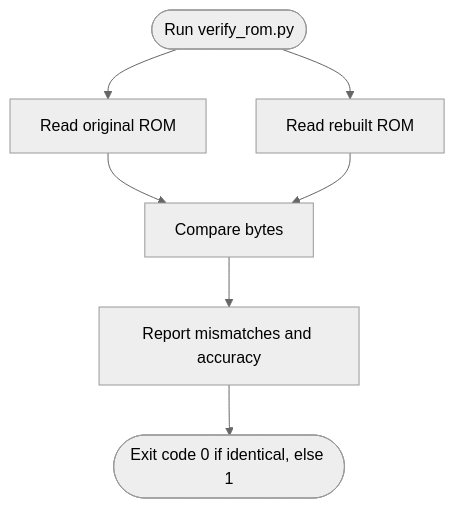
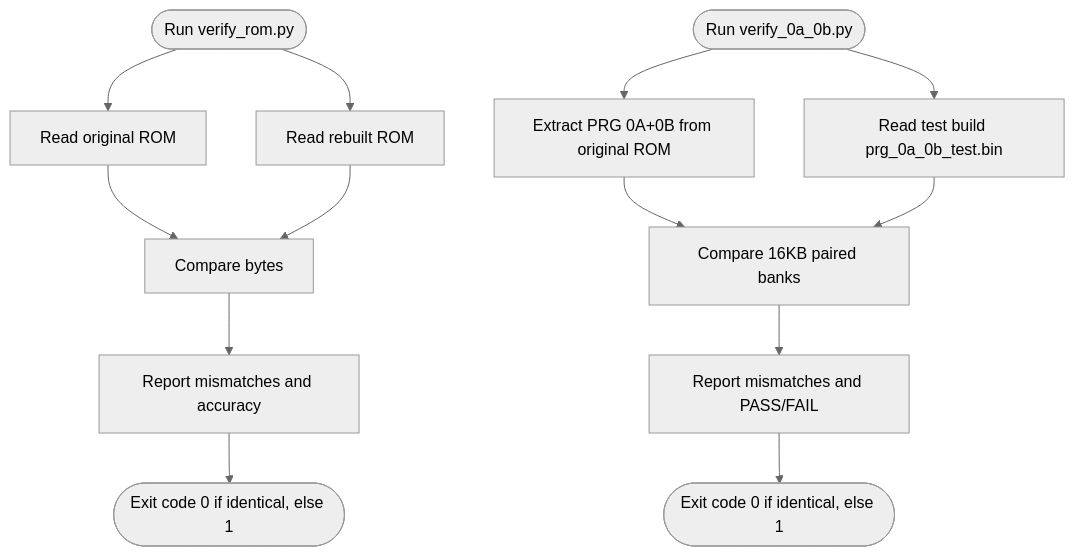
Before and after one commit to rabbyzero/sango2dasm: the sixth of 16 diagrams in .qoder/repowiki/en/content/Build System and Tools/Build System and Tools.md, drawn with Mermaid (neutral theme). The commit also changed other lines of this file and 18 other files, not shown here.

````diff
--- a/.qoder/repowiki/en/content/Build System and Tools/Build System and Tools.md
+++ b/.qoder/repowiki/en/content/Build System and Tools/Build System and Tools.md
@@ -686,9 +703,15 @@
 ```mermaid
 flowchart TD
 VStart(["Run verify_rom.py"]) --> ReadOrig["Read original ROM"]
 VStart --> ReadRebuilt["Read rebuilt ROM"]
 ReadOrig --> Compare["Compare bytes"]
 ReadRebuilt --> Compare
 Compare --> Report["Report mismatches and accuracy"]
 Report --> Exit(["Exit code 0 if identical, else 1"])
+V0ABStart(["Run verify_0a_0b.py"]) --> ReadOriginal["Extract PRG 0A+0B from original ROM"]
+V0ABStart --> ReadTest["Read test build prg_0a_0b_test.bin"]
+ReadOriginal --> Compare0AB["Compare 16KB paired banks"]
+ReadTest --> Compare0AB
+Compare0AB --> Report0AB["Report mismatches and PASS/FAIL"]
+Report0AB --> Exit0AB(["Exit code 0 if identical, else 1"])
 ```
````
